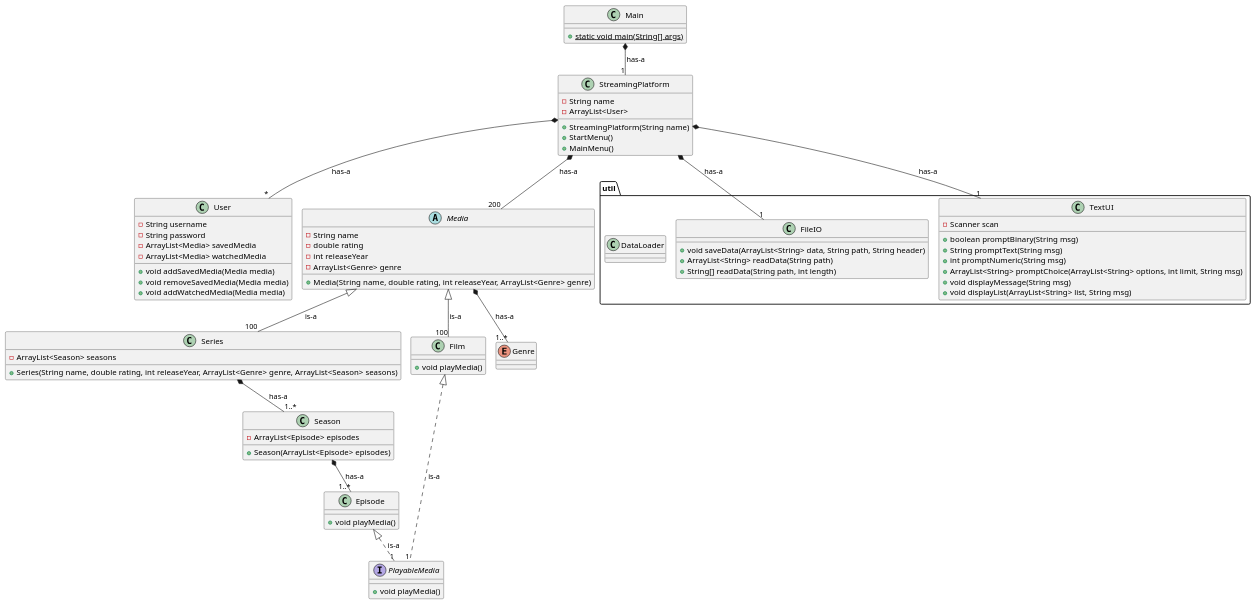
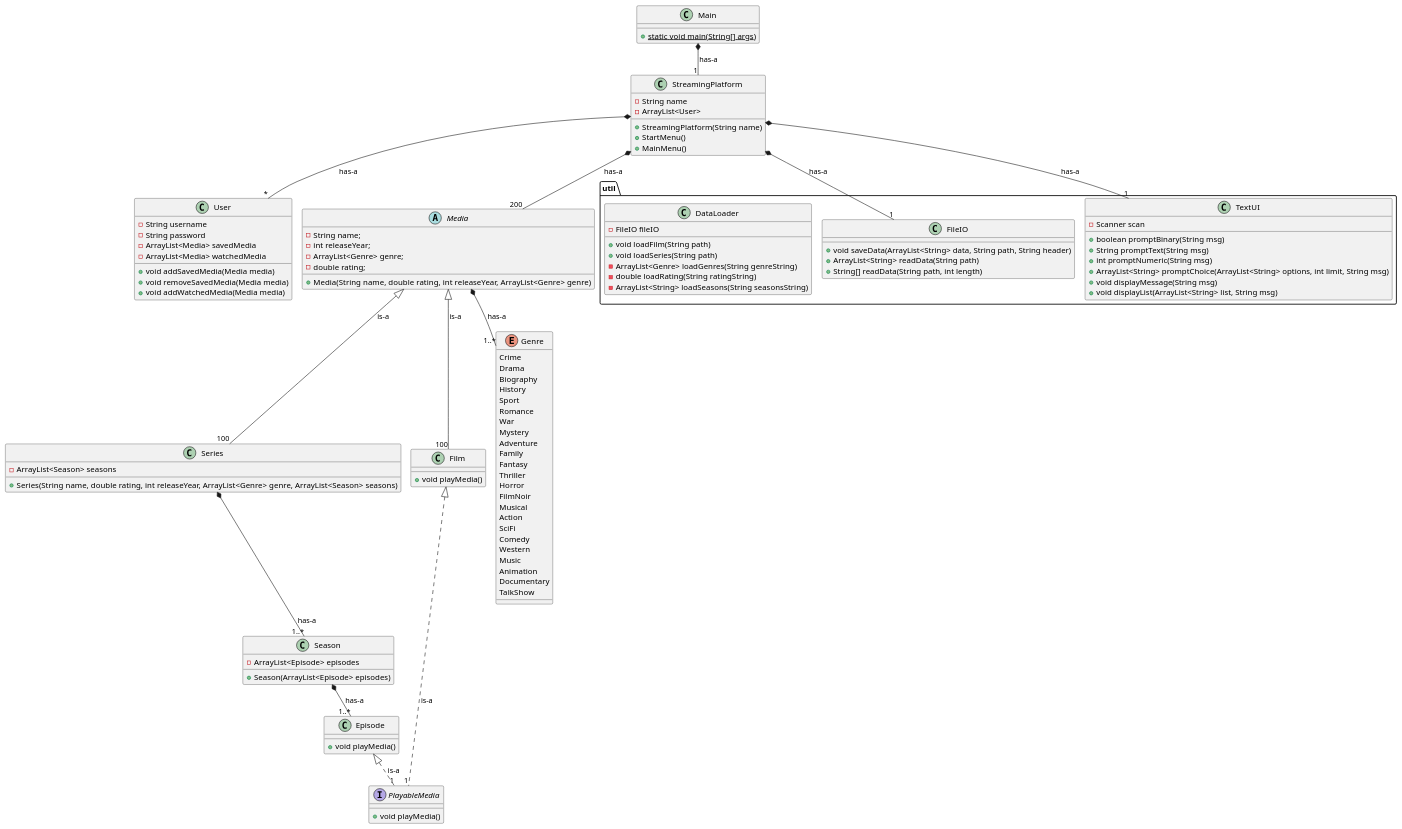
Before and after one commit to JonasChristoffersen/SP3: the diagram in doc/static/ClassDiagramV1.puml, drawn with PlantUML. The commit also changed 6 other files, not shown here.

```diff
--- a/doc/static/ClassDiagramV1.puml
+++ b/doc/static/ClassDiagramV1.puml
@@ -1,104 +1,134 @@
 @startuml
 
 !pragma layout smetana
 
 class Main {
     + {static} static void main(String[] args)
 }
 
 class StreamingPlatform {
     - String name
     - ArrayList<User>
 
     + StreamingPlatform(String name)
     + StartMenu()
     + MainMenu()
 }
 
 class User {
     - String username
     - String password
     - ArrayList<Media> savedMedia
     - ArrayList<Media> watchedMedia
     + void addSavedMedia(Media media)
     + void removeSavedMedia(Media media)
     + void addWatchedMedia(Media media)
 }
 
 abstract class Media {
-    - String name
-    - double rating
-    - int releaseYear
-    - ArrayList<Genre> genre
+    - String name;
+    - int releaseYear;
+    - ArrayList<Genre> genre;
+    - double rating;
     + Media(String name, double rating, int releaseYear, ArrayList<Genre> genre)
 }
 
 interface PlayableMedia {
     + void playMedia()
 }
 
 class Series {
     - ArrayList<Season> seasons
     + Series(String name, double rating, int releaseYear, ArrayList<Genre> genre, ArrayList<Season> seasons)
 }
 
 class Season {
     - ArrayList<Episode> episodes
     + Season(ArrayList<Episode> episodes)
 }
 
 class Episode {
    + void playMedia()
 }
 
 class Film {
     + void playMedia()
 }
 
 enum Genre {
+    Crime
+    Drama
+    Biography
+    History
+    Sport
+    Romance
+    War
+    Mystery
+    Adventure
+    Family
+    Fantasy
+    Thriller
+    Horror
+    FilmNoir
+    Musical
+    Action
+    SciFi
+    Comedy
+    Western
+    Music
+    Animation
+    Documentary
+    TalkShow
+
 }
 
 package util {
     class FileIO {
         + void saveData(ArrayList<String> data, String path, String header)
         + ArrayList<String> readData(String path)
         + String[] readData(String path, int length)
     }
     class TextUI {
         - Scanner scan
         + boolean promptBinary(String msg)
         + String promptText(String msg)
         + int promptNumeric(String msg)
         + ArrayList<String> promptChoice(ArrayList<String> options, int limit, String msg)
         + void displayMessage(String msg)
         + void displayList(ArrayList<String> list, String msg)
     }
 
     class DataLoader {
+        - FileIO fileIO
+        + void loadFilm(String path)
+        + void loadSeries(String path)
+        - ArrayList<Genre> loadGenres(String genreString)
+        - double loadRating(String ratingString)
+        - ArrayList<String> loadSeasons(String seasonsString)
     }
 
 }
 
 Main *-- "1" StreamingPlatform : has-a
 
 StreamingPlatform *-- "200" Media : has-a
 StreamingPlatform *-- "*" User : has-a
 StreamingPlatform *-- "1" TextUI : has-a
 StreamingPlatform *-- "1" FileIO : has-a
 
 Film <|.. "1" PlayableMedia : is-a
 Episode <|.. "1" PlayableMedia : is-a
 
 Media <|-- "100" Film : is-a
 Media <|-- "100" Series : is-a
 Media *-- "1..*" Genre : has-a
 
 
 Series *-- "1..*" Season : has-a
 Season *-- "1..*" Episode : has-a
 
 
 
 
 
 @enduml
```
